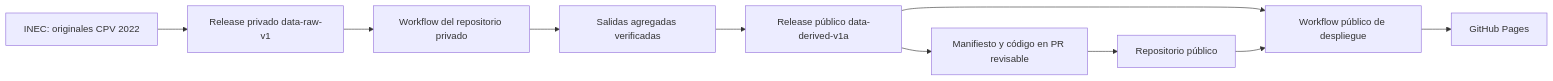
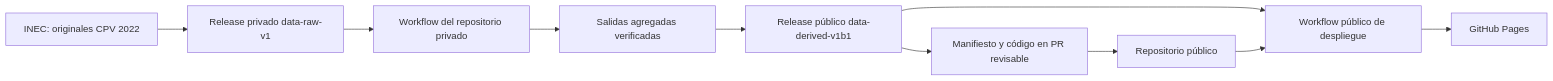
Before and after one commit to diegocevallos-tech/censo-vivo-ecuador: the diagram in docs/data-access.md, drawn with Mermaid. The commit also changed other lines of this file and 18 other files, not shown here.

````diff
--- a/docs/data-access.md
+++ b/docs/data-access.md
@@ -3,12 +3,12 @@
 ```mermaid
 flowchart LR
   A[INEC: originales CPV 2022] --> B[Release privado data-raw-v1]
   B --> C[Workflow del repositorio privado]
   C --> D[Salidas agregadas verificadas]
-  D --> E[Release público data-derived-v1a]
+  D --> E[Release público data-derived-v1b1]
   E --> F[Manifiesto y código en PR revisable]
   F --> G[Repositorio público]
   E --> H[Workflow público de despliegue]
   G --> H
   H --> I[GitHub Pages]
 ```
````
